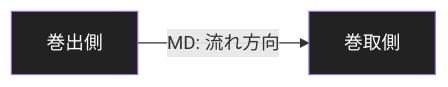
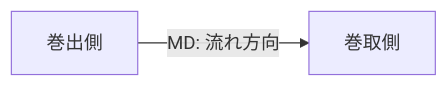
One commit to hajime-tech/web-handling changed the second of 2 diagrams in docs/basics/overview.md. Above: the diagram before and after it, drawn with Mermaid. The commit also changed 4 other files, not shown here.

First line of the commit message:
ホーム刷新・MathJax設定追加・Mermaid色修正

````diff
--- a/docs/basics/overview.md
+++ b/docs/basics/overview.md
@@ -53,6 +53,4 @@
 ```mermaid
 flowchart LR
     A[巻出側] -->|MD: 流れ方向| B[巻取側]
-    style A fill:#222,color:#fff
-    style B fill:#222,color:#fff
 ```
````
